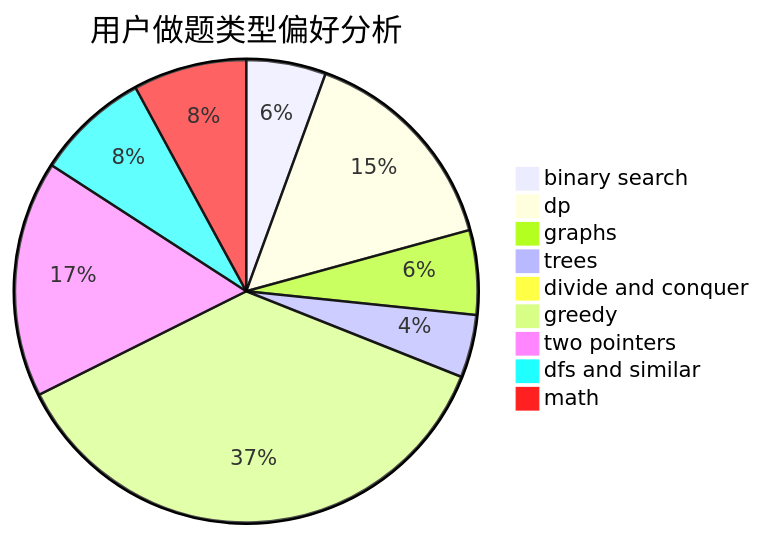
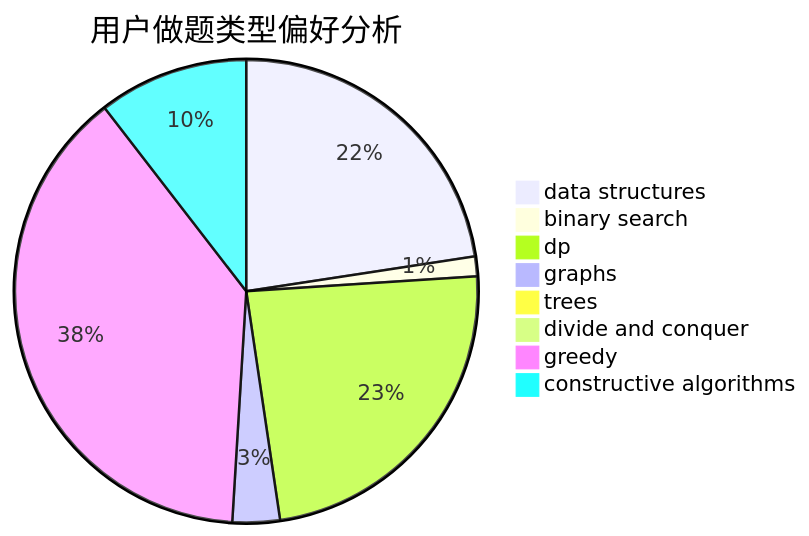
Before and after one commit to sherpahu/cfrs.github.io: the second of 3 diagrams in docs/user/u1552.md, drawn with Mermaid. The commit also changed other lines of this file and 2775 other files, not shown here.

````diff
--- a/docs/user/u1552.md
+++ b/docs/user/u1552.md
@@ -23,12 +23,11 @@
 ```mermaid
 pie title 用户做题类型偏好分析
-    "binary search" :  33
-    "dp" :  90
-    "graphs" :  35
-    "trees" :  26
+    "data structures" :  82
+    "binary search" :  5
+    "dp" :  86
+    "graphs" :  12
+    "trees" :  3
     "divide and conquer" :  0
-    "greedy" :  217
-    "two pointers" :  98
-    "dfs and similar" :  47
-    "math" :  47
+    "greedy" :  140
+    "constructive algorithms" :  38
 ```
````
